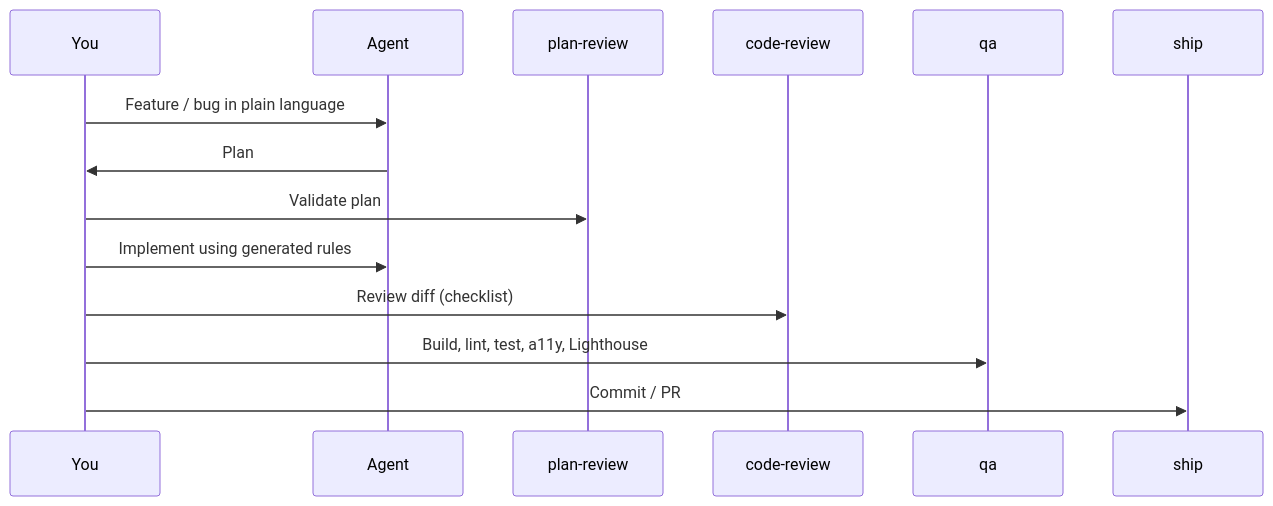
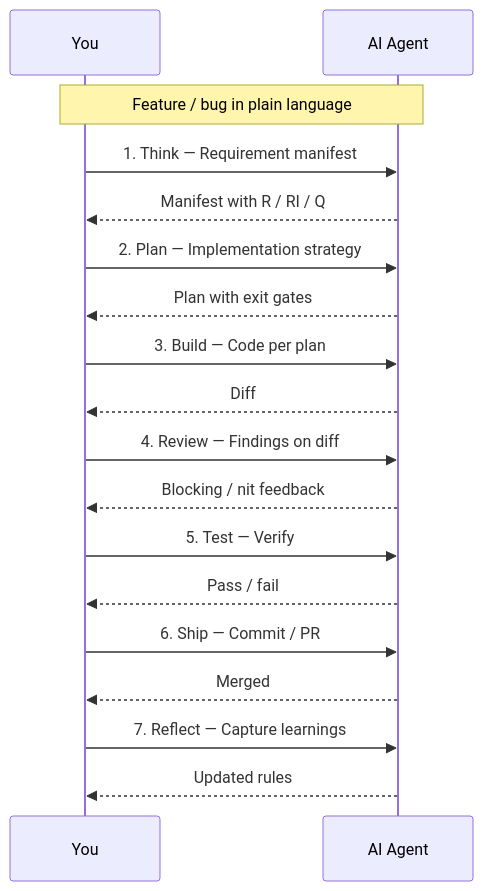
Before and after one commit to JeelVankhede/frontend-ai-starter-recipes: the diagram in website/guide/6-workflow.md, drawn with Mermaid. The commit also changed other lines of this file and 28 other files, not shown here.

````diff
--- a/website/guide/6-workflow.md
+++ b/website/guide/6-workflow.md
@@ -3,16 +5,20 @@
 ```mermaid
 sequenceDiagram
   participant You
-  participant Agent
-  participant Plan as plan-review
-  participant CR as code-review
-  participant QA as qa
-  participant Ship as ship
-  You->>Agent: Feature / bug in plain language
-  Agent->>You: Plan
-  You->>Plan: Validate plan
-  You->>Agent: Implement using generated rules
-  You->>CR: Review diff (checklist)
-  You->>QA: Build, lint, test, a11y, Lighthouse
-  You->>Ship: Commit / PR
+  participant AI as AI Agent
+  Note over You,AI: Feature / bug in plain language
+  You->>AI: 1. Think — Requirement manifest
+  AI-->>You: Manifest with R / RI / Q
+  You->>AI: 2. Plan — Implementation strategy
+  AI-->>You: Plan with exit gates
+  You->>AI: 3. Build — Code per plan
+  AI-->>You: Diff
+  You->>AI: 4. Review — Findings on diff
+  AI-->>You: Blocking / nit feedback
+  You->>AI: 5. Test — Verify
+  AI-->>You: Pass / fail
+  You->>AI: 6. Ship — Commit / PR
+  AI-->>You: Merged
+  You->>AI: 7. Reflect — Capture learnings
+  AI-->>You: Updated rules
 ```
````
